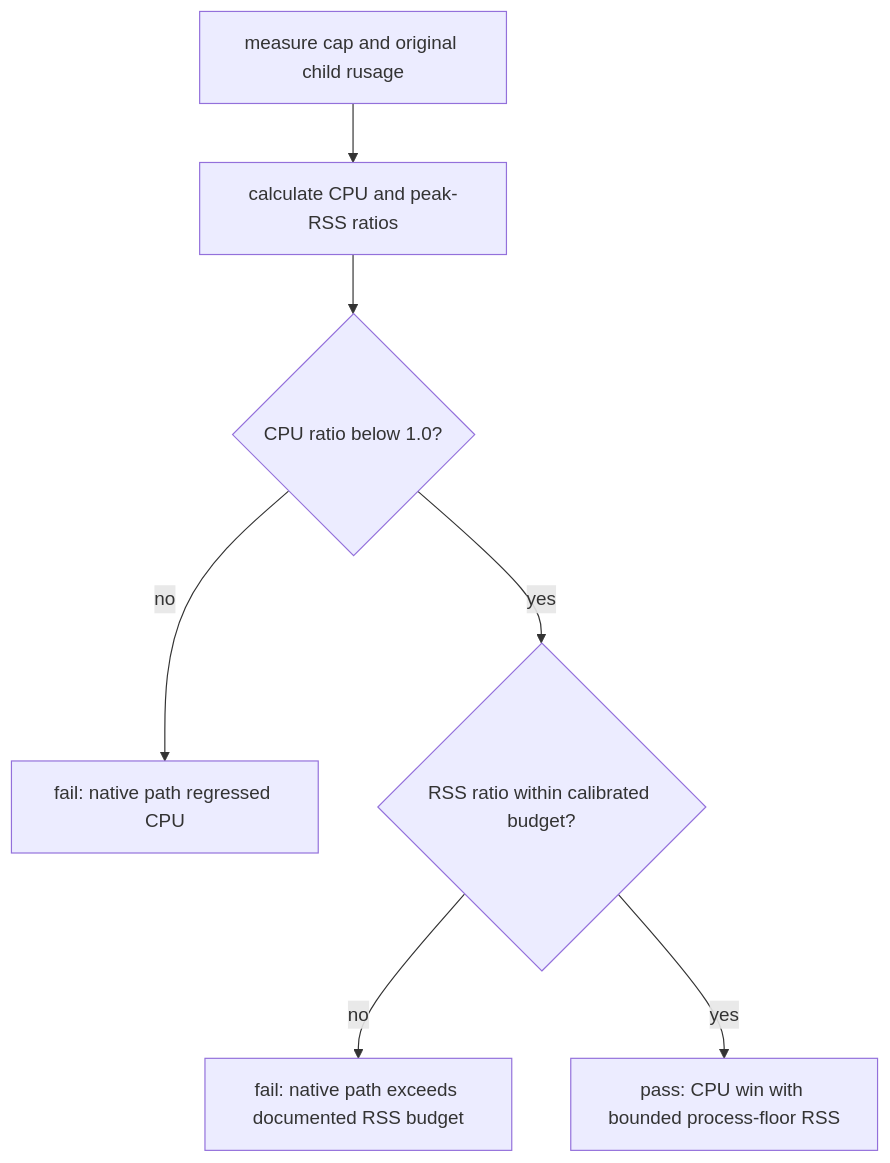
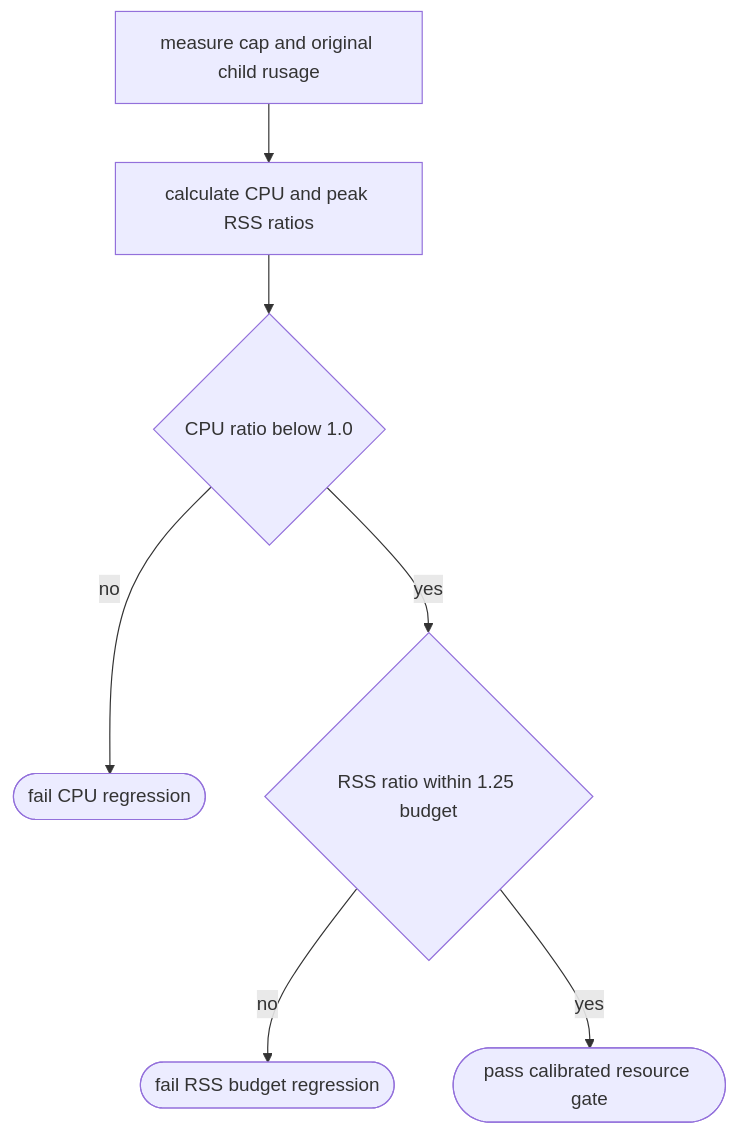
Before and after one commit to chrischeng-c4/axiom: the first of 2 diagrams in apps/cap/tech-design/logic/command-resources-dual-win-rss-gate-fails-unconditionally-blocki.md, drawn with Mermaid. The commit also changed other lines of this file, not shown here.

Commit message:
td(1421) — contract section: logic
Lifecycle-Slug: 1421
Work-Item: 1421
Lifecycle-Stage: Td-Section
Lifecycle-Phase: td_contract_in_progress
Lifecycle-Pass: contract
TD-Section: logic
Previous-Phase: td_applicability_created
Next-Phase: td_contract_in_progress
Next-Command: aw td create

````diff
--- a/apps/cap/tech-design/logic/command-resources-dual-win-rss-gate-fails-unconditionally-blocki.md
+++ b/apps/cap/tech-design/logic/command-resources-dual-win-rss-gate-fails-unconditionally-blocki.md
@@ -11,28 +11,28 @@
 ```mermaid
 ---
 id: command-resources-resource-gate-calibration
 entry: evaluate_resource_gate
 nodes:
-  start: { kind: start, label: measure cap and original child rusage }
-  ratio: { kind: process, label: calculate CPU and peak RSS ratios }
+  measure: { kind: start, label: measure cap and original child rusage }
+  ratios: { kind: process, label: calculate CPU and peak RSS ratios }
   cpu: { kind: decision, label: CPU ratio below 1.0 }
   rss: { kind: decision, label: RSS ratio within 1.25 budget }
   fail_cpu: { kind: terminal, label: fail CPU regression }
   fail_rss: { kind: terminal, label: fail RSS budget regression }
   pass: { kind: terminal, label: pass calibrated resource gate }
 edges:
-  - { from: start, to: ratio }
-  - { from: ratio, to: cpu }
+  - { from: measure, to: ratios }
+  - { from: ratios, to: cpu }
   - { from: cpu, to: fail_cpu, label: no }
   - { from: cpu, to: rss, label: yes }
   - { from: rss, to: fail_rss, label: no }
   - { from: rss, to: pass, label: yes }
 ---
 flowchart TD
-    start[measure cap and original child rusage] --> ratio[calculate CPU and peak-RSS ratios]
-    ratio --> cpu{CPU ratio below 1.0?}
-    cpu -- no --> fail_cpu[fail: native path regressed CPU]
-    cpu -- yes --> rss{RSS ratio within calibrated budget?}
-    rss -- no --> fail_rss[fail: native path exceeds documented RSS budget]
-    rss -- yes --> pass[pass: CPU win with bounded process-floor RSS]
+    measure[measure cap and original child rusage] --> ratios[calculate CPU and peak RSS ratios]
+    ratios --> cpu{CPU ratio below 1.0}
+    cpu -- no --> fail_cpu([fail CPU regression])
+    cpu -- yes --> rss{RSS ratio within 1.25 budget}
+    rss -- no --> fail_rss([fail RSS budget regression])
+    rss -- yes --> pass([pass calibrated resource gate])
 ```
````
